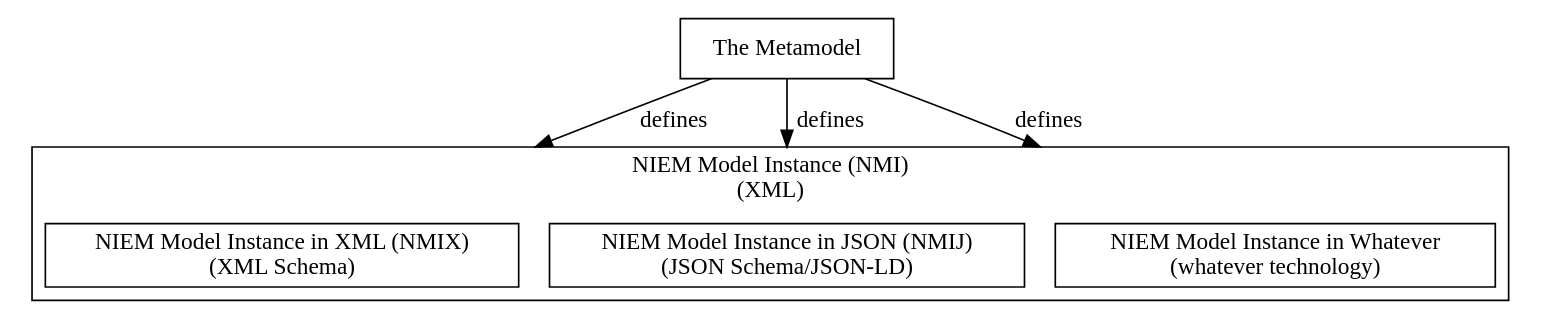
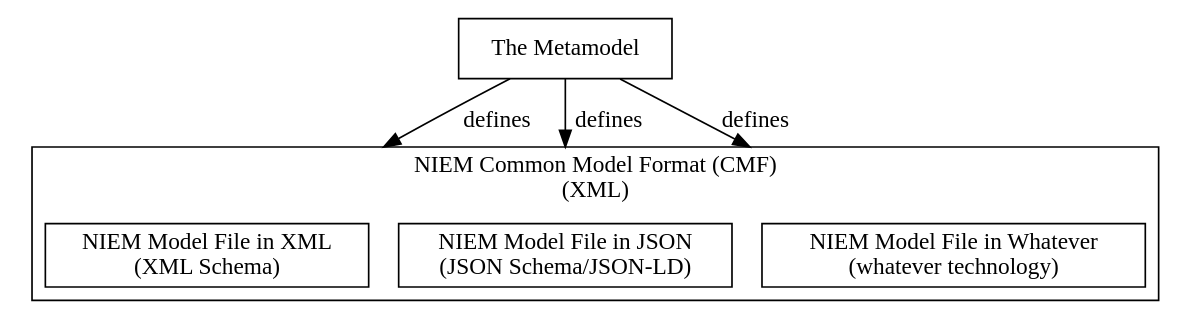
The diagram in Intro to NIEM Model Instances/diagrams/terminology.dot (NIEM/NIEM-Metamodel), drawn with Graphviz before and after one commit. The commit also changed 6 other files, not shown here.

```diff
--- a/Intro to NIEM Model Instances/diagrams/terminology.dot
+++ b/Intro to NIEM Model Instances/diagrams/terminology.dot
@@ -1,22 +1,22 @@
 digraph terms {
 
 compound=true;
 
 	metamodel[label="The Metamodel", shape="box"];
 
 	subgraph cluster0 {
 	
-		label="NIEM Model Instance (NMI)\n(XML)";
+		label="NIEM Common Model Format (CMF)\n(XML)";
 	
-		nmix[label="NIEM Model Instance in XML (NMIX)\n(XML Schema)", shape="box"];
-		nmij[label="NIEM Model Instance in JSON (NMIJ)\n(JSON Schema/JSON-LD)", shape="box"];
-		nmiw[label="NIEM Model Instance in Whatever\n(whatever technology)", shape="box"];
+		nmix[label="NIEM Model File in XML\n(XML Schema)", shape="box"];
+		nmij[label="NIEM Model File in JSON\n(JSON Schema/JSON-LD)", shape="box"];
+		nmiw[label="NIEM Model File in Whatever\n(whatever technology)", shape="box"];
 
 	}
 
 
 	metamodel -> nmix[lhead="cluster0", label="defines"];
 	metamodel -> nmij[lhead="cluster0", label="defines"];
 	metamodel -> nmiw[lhead="cluster0", label="defines"];
 
 }
```
